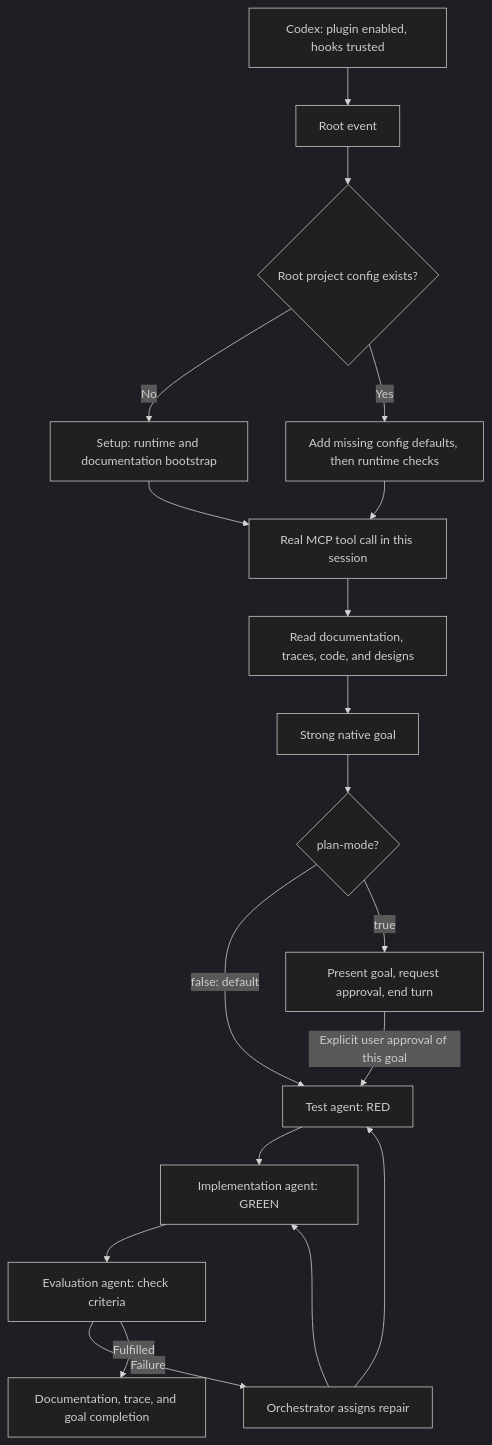
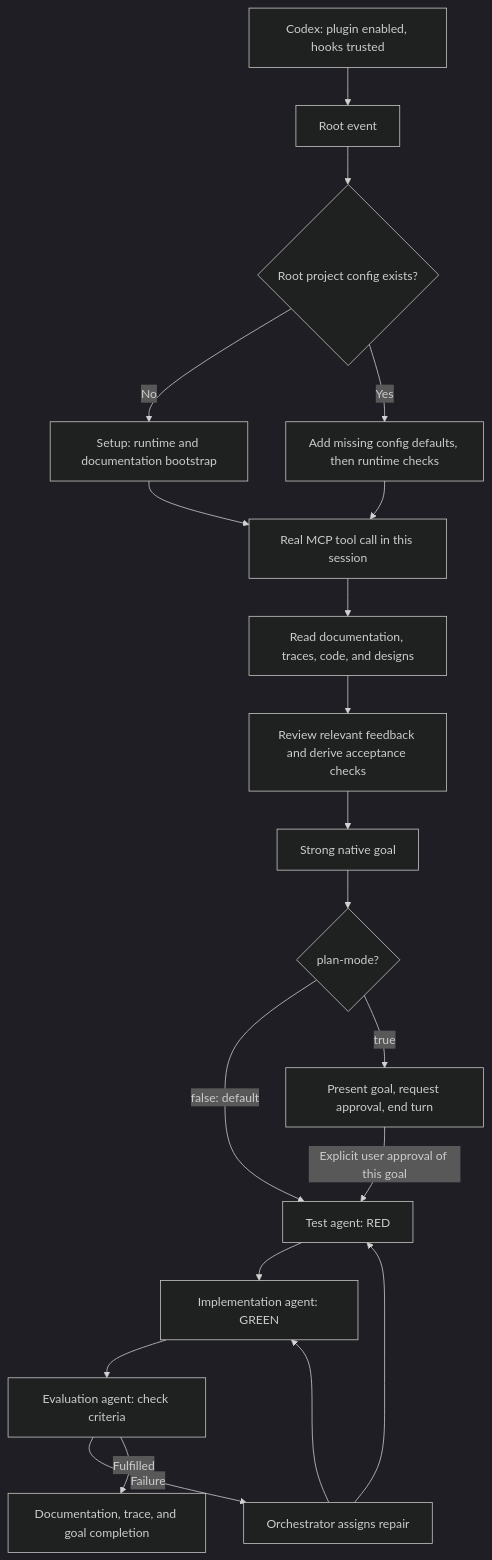
One commit to Chris-1337/KISS-Chris-Stack changed the diagram in docs/PRODUKT-ONBOARDING.md. Above: the diagram before and after it, drawn with Mermaid (dark theme). The commit also changed other lines of this file and 13 other files, not shown here.

````diff
--- a/docs/PRODUKT-ONBOARDING.md
+++ b/docs/PRODUKT-ONBOARDING.md
@@ -17,21 +17,22 @@
 ```mermaid
 flowchart TD
     H[Codex: plugin enabled, hooks trusted] --> E[Root event]
     E --> P{Root project config exists?}
     P -->|No| S[Setup: runtime and documentation bootstrap]
     P -->|Yes| R[Add missing config defaults, then runtime checks]
     R --> M
     S --> M[Real MCP tool call in this session]
     M --> C[Read documentation, traces, code, and designs]
-    C --> G[Strong native goal]
+    C --> F[Review relevant feedback and derive acceptance checks]
+    F --> G[Strong native goal]
     G --> PMode{plan-mode?}
     PMode -->|false: default| T[Test agent: RED]
     PMode -->|true| A[Present goal, request approval, end turn]
     A -->|Explicit user approval of this goal| T
     T --> I[Implementation agent: GREEN]
     I --> V[Evaluation agent: check criteria]
     V -->|Failure| O[Orchestrator assigns repair]
     O --> T
     O --> I
     V -->|Fulfilled| D[Documentation, trace, and goal completion]
 ```
````
